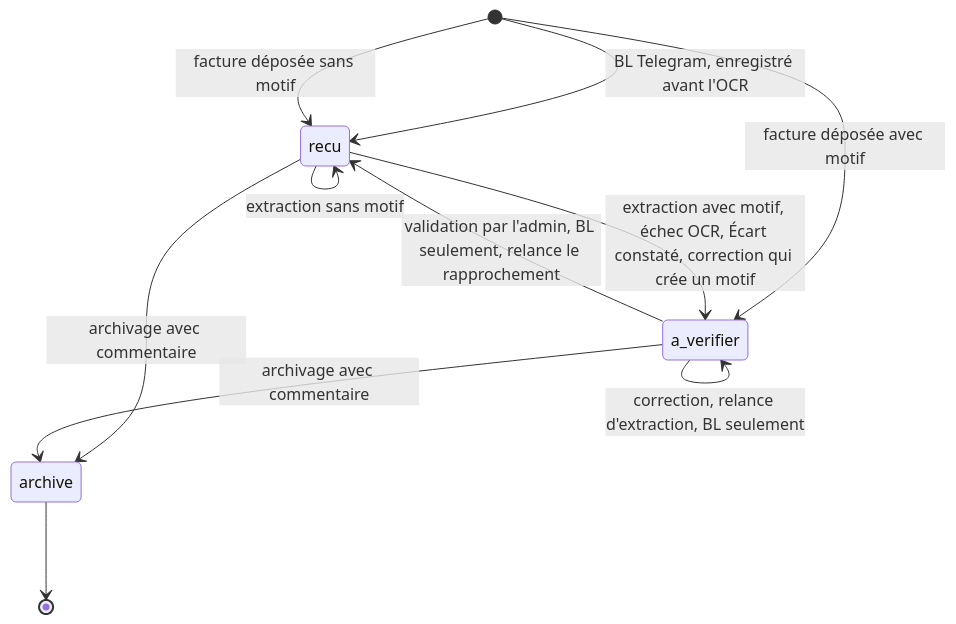
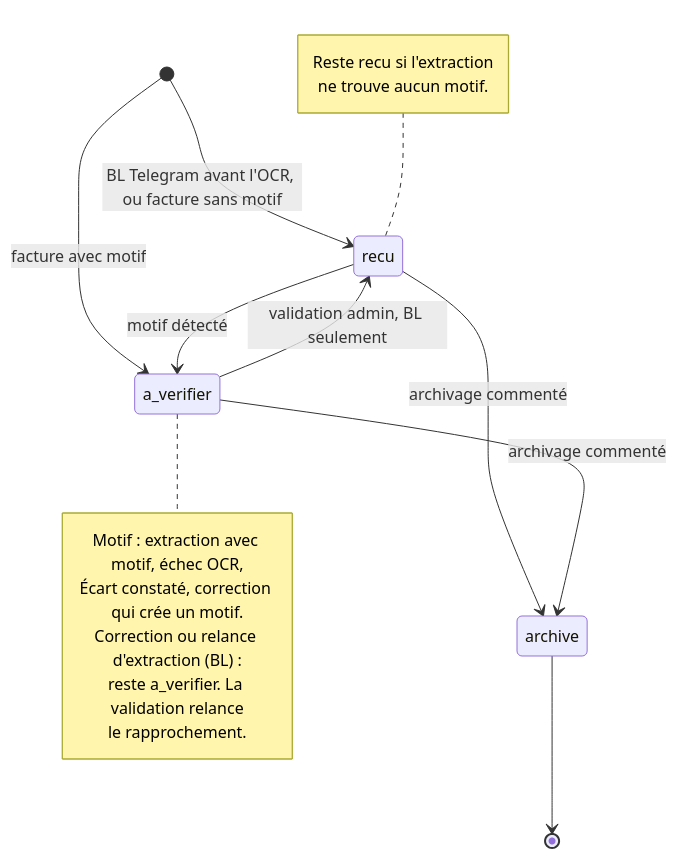
The tenth of 14 diagrams in ARCHITECTURE.md (Asuura666/habitat-renovation), drawn with Mermaid before and after one commit. The commit also changed other lines of this file, not shown here.

First line of the commit message:
docs: ARCHITECTURE.md — corrections de vérification

````diff
--- a/ARCHITECTURE.md
+++ b/ARCHITECTURE.md
@@ -729,13 +786,21 @@
 ```mermaid
 stateDiagram-v2
-  [*] --> recu : BL Telegram, enregistré avant l'OCR
-  [*] --> recu : facture déposée sans motif
-  [*] --> a_verifier : facture déposée avec motif
-  recu --> recu : extraction sans motif
-  recu --> a_verifier : extraction avec motif, échec OCR, Écart constaté, correction qui crée un motif
-  a_verifier --> a_verifier : correction, relance d'extraction, BL seulement
-  a_verifier --> recu : validation par l'admin, BL seulement, relance le rapprochement
-  recu --> archive : archivage avec commentaire
-  a_verifier --> archive : archivage avec commentaire
+  [*] --> recu : BL Telegram avant l'OCR, ou facture sans motif
+  [*] --> a_verifier : facture avec motif
+  recu --> a_verifier : motif détecté
+  a_verifier --> recu : validation admin, BL seulement
+  recu --> archive : archivage commenté
+  a_verifier --> archive : archivage commenté
   archive --> [*]
+  note left of recu
+    Reste recu si l'extraction
+    ne trouve aucun motif.
+  end note
+  note right of a_verifier
+    Motif : extraction avec motif, échec OCR,
+    Écart constaté, correction qui crée un motif.
+    Correction ou relance d'extraction (BL) :
+    reste a_verifier. La validation relance
+    le rapprochement.
+  end note
 ```
````
